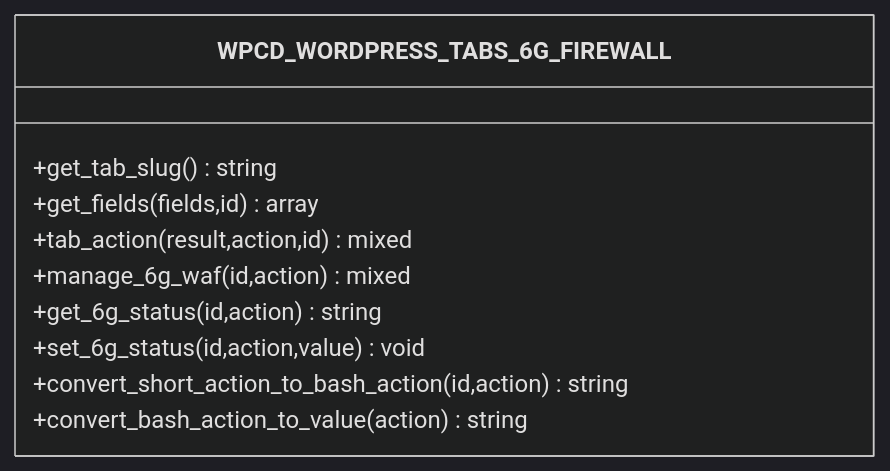
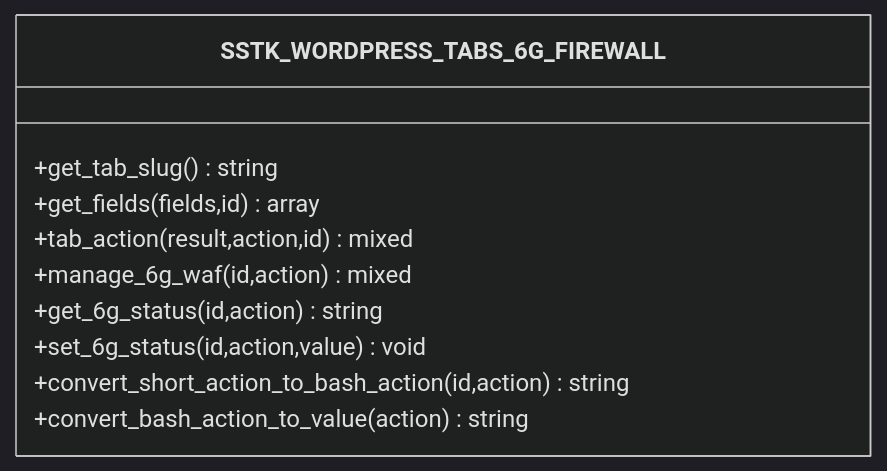
One commit to onedogsolutions/simple-stack changed the third of 7 diagrams in .qoder/repowiki/en/content/WordPress Application Engine/Operational & Maintenance Scripts/Security & Firewall Management.md. Above: the diagram before and after it, drawn with Mermaid (dark theme). The commit also changed other lines of this file and 5941 other files, not shown here.

````diff
--- a/.qoder/repowiki/en/content/WordPress Application Engine/Operational & Maintenance Scripts/Security & Firewall Management.md
+++ b/.qoder/repowiki/en/content/WordPress Application Engine/Operational & Maintenance Scripts/Security & Firewall Management.md
@@ -119,13 +119,13 @@
 ```mermaid
 classDiagram
-class WPCD_WORDPRESS_TABS_6G_FIREWALL {
+class SSTK_WORDPRESS_TABS_6G_FIREWALL {
 +get_tab_slug() string
 +get_fields(fields,id) array
 +tab_action(result,action,id) mixed
 +manage_6g_waf(id,action) mixed
 +get_6g_status(id,action) string
 +set_6g_status(id,action,value) void
 +convert_short_action_to_bash_action(id,action) string
 +convert_bash_action_to_value(action) string
 }
 ```
````
